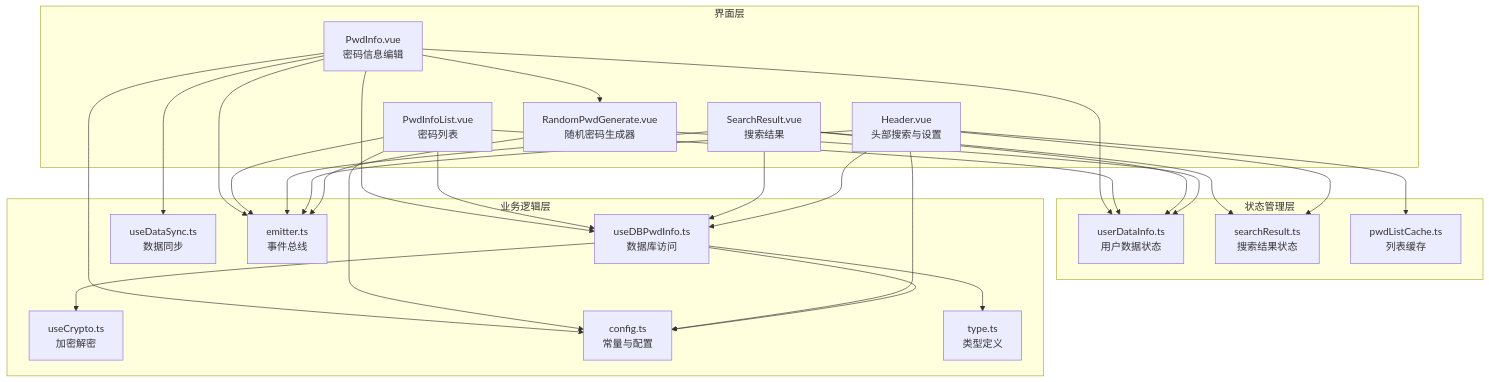
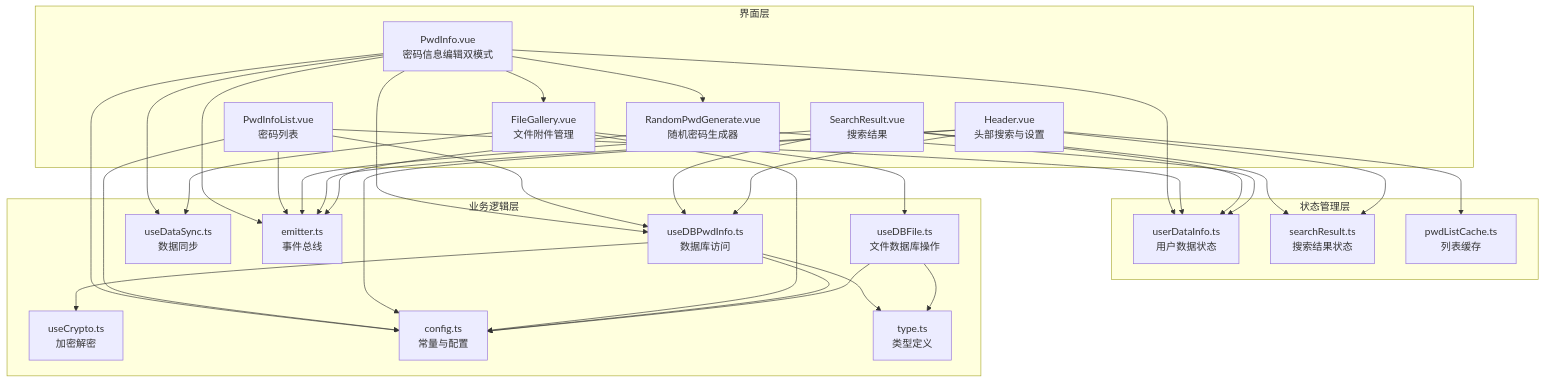
The first of 8 diagrams in .qoder/repowiki/zh/content/前端组件系统/密码管理组件.md (scgithub3220216/password-manager), drawn with Mermaid before and after one commit. The commit also changed other lines of this file and 17 other files, not shown here.

````diff
--- a/.qoder/repowiki/zh/content/前端组件系统/密码管理组件.md
+++ b/.qoder/repowiki/zh/content/前端组件系统/密码管理组件.md
@@ -44,47 +59,55 @@
 ```mermaid
 graph TB
 subgraph "界面层"
-PwdInfo["PwdInfo.vue<br/>密码信息编辑"]
+PwdInfo["PwdInfo.vue<br/>密码信息编辑双模式"]
 PwdInfoList["PwdInfoList.vue<br/>密码列表"]
 SearchResult["SearchResult.vue<br/>搜索结果"]
 RandomPwd["RandomPwdGenerate.vue<br/>随机密码生成器"]
+FileGallery["FileGallery.vue<br/>文件附件管理"]
 Header["Header.vue<br/>头部搜索与设置"]
 end
 subgraph "状态管理层"
 UserDataStore["userDataInfo.ts<br/>用户数据状态"]
 SearchStore["searchResult.ts<br/>搜索结果状态"]
 PwdCacheStore["pwdListCache.ts<br/>列表缓存"]
 end
 subgraph "业务逻辑层"
 DBHook["useDBPwdInfo.ts<br/>数据库访问"]
+FileHook["useDBFile.ts<br/>文件数据库操作"]
 CryptoHook["useCrypto.ts<br/>加密解密"]
 SyncHook["useDataSync.ts<br/>数据同步"]
 Emitter["emitter.ts<br/>事件总线"]
 Config["config.ts<br/>常量与配置"]
 Types["type.ts<br/>类型定义"]
 end
 PwdInfo --> UserDataStore
 PwdInfo --> DBHook
+PwdInfo --> FileGallery
 PwdInfo --> RandomPwd
 PwdInfo --> SyncHook
 PwdInfo --> Emitter
 PwdInfo --> Config
 PwdInfoList --> UserDataStore
 PwdInfoList --> DBHook
 PwdInfoList --> Emitter
 PwdInfoList --> Config
 SearchResult --> SearchStore
 SearchResult --> UserDataStore
 SearchResult --> DBHook
 SearchResult --> Emitter
 Header --> SearchStore
 Header --> DBHook
 Header --> PwdCacheStore
 Header --> Emitter
 Header --> Config
+FileGallery --> FileHook
+FileGallery --> SyncHook
+FileGallery --> Config
 RandomPwd --> UserDataStore
 RandomPwd --> Emitter
 DBHook --> CryptoHook
 DBHook --> Config
 DBHook --> Types
+FileHook --> Config
+FileHook --> Types
 ```
````
